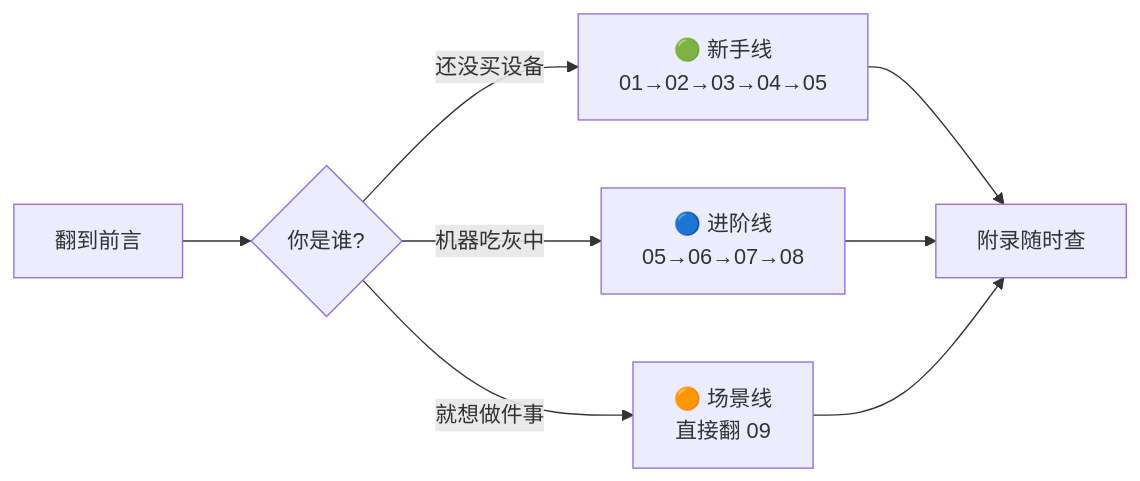
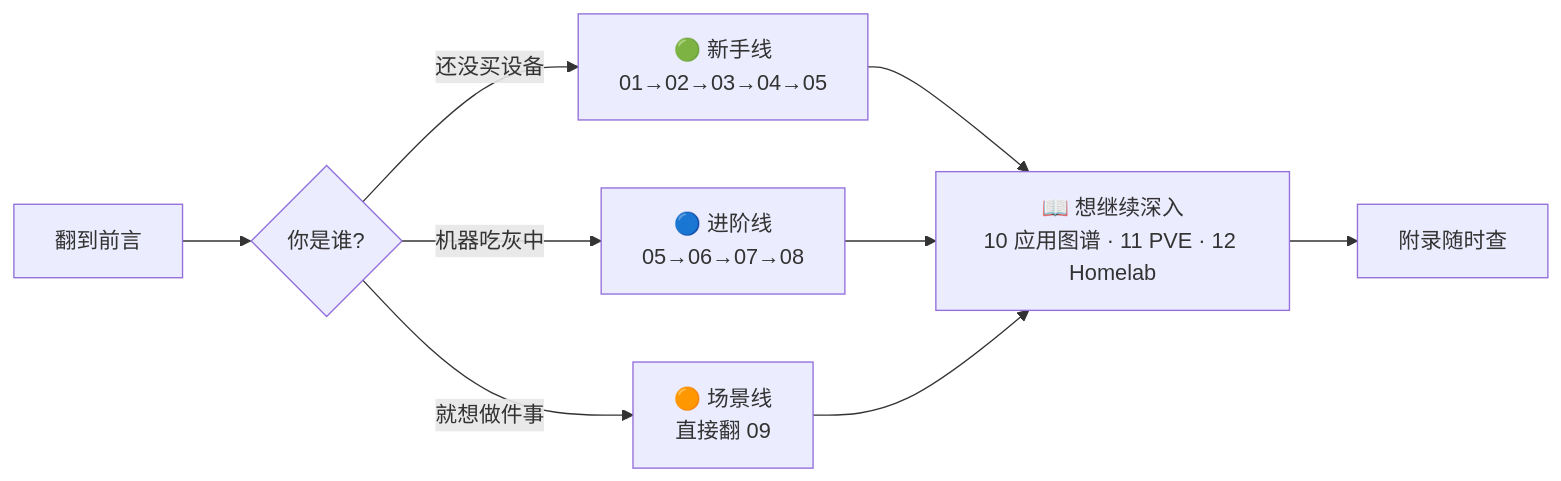
Before and after one commit to cv-superding/nas-guide: the diagram in README.md, drawn with Mermaid. The commit also changed other lines of this file and 1 other file, not shown here.

Commit message:
docs(完善): 升级应用图谱总览图与阅读路径,修正平台数
- 10.0 图谱图加入各分类代表应用
- README 阅读路径图加入10-12章深入分支
- 修正章节表中'六大系统'→'七大系统'

````diff
--- a/README.md
+++ b/README.md
@@ -51,10 +51,11 @@
 ```mermaid
 flowchart LR
     A[翻到前言] --> B{你是谁?}
     B -->|还没买设备| C[🟢 新手线<br/>01→02→03→04→05]
     B -->|机器吃灰中| D[🔵 进阶线<br/>05→06→07→08]
     B -->|就想做件事| E[🟠 场景线<br/>直接翻 09]
-    C --> F[附录随时查]
+    C --> F[📖 想继续深入<br/>10 应用图谱 · 11 PVE · 12 Homelab]
     D --> F
     E --> F
+    F --> G[附录随时查]
 ```
````
